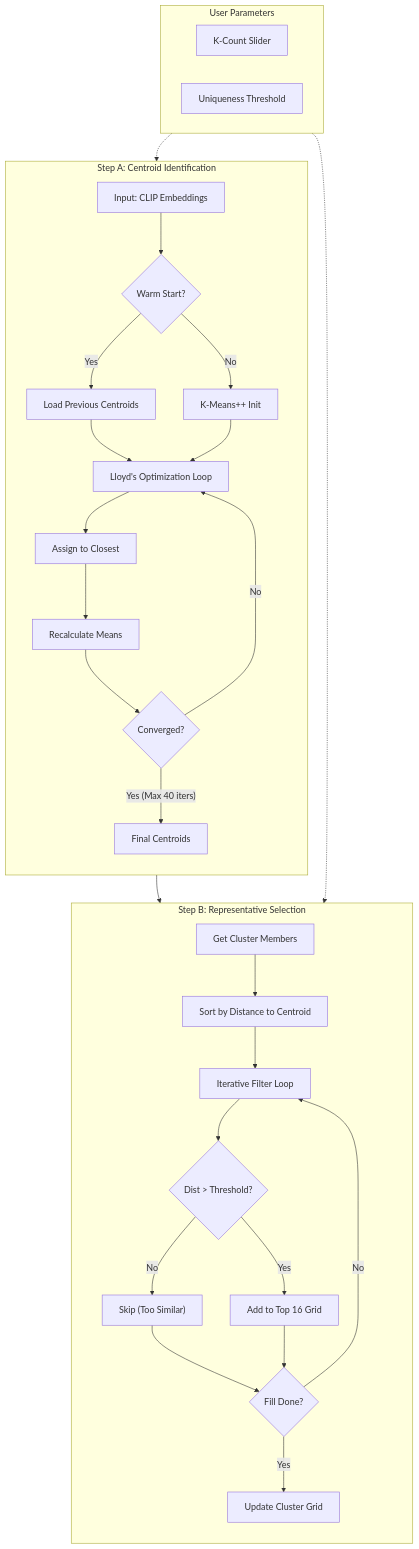
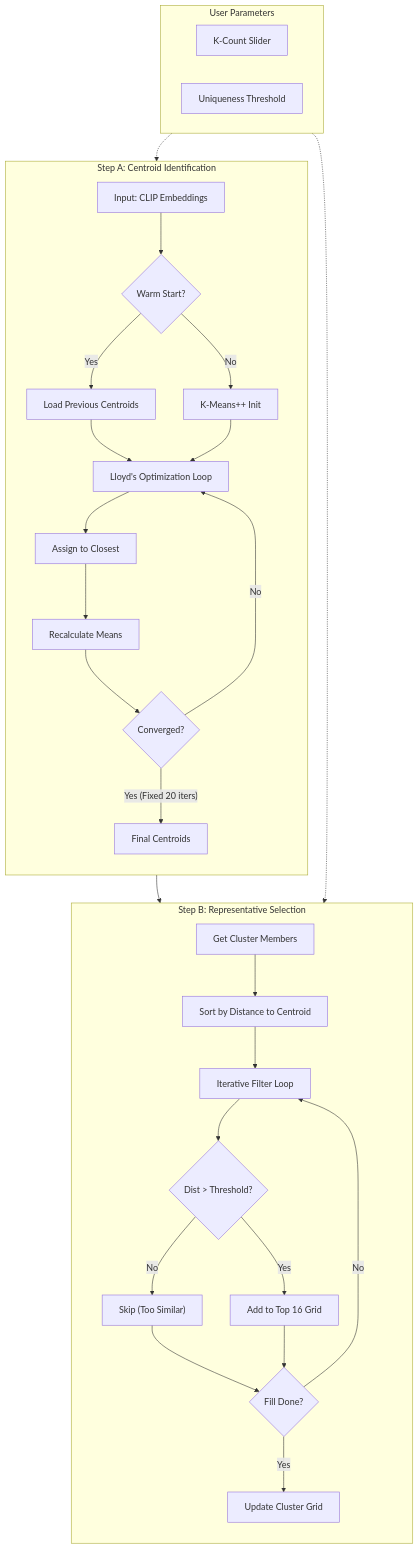
One commit to chinmaymulay007/image_clustering_antigravity changed the first of 2 diagrams in clustering_algorithm.md. Above: the diagram before and after it, drawn with Mermaid. The commit also changed other lines of this file and 1 other file, not shown here.

````diff
--- a/clustering_algorithm.md
+++ b/clustering_algorithm.md
@@ -9,46 +9,46 @@
 ```mermaid
 graph TD
     %% Global Parameters
     subgraph Params ["User Parameters"]
         direction LR
         K_VAL["K-Count Slider"]
         U_VAL["Uniqueness Threshold"]
     end
 
     %% Step A
     subgraph StepA ["Step A: Centroid Identification"]
         direction TB
         A1["Input: CLIP Embeddings"] --> A_INIT{"Warm Start?"}
         A_INIT -- Yes --> A_LOAD["Load Previous Centroids"]
         A_INIT -- No --> A_KPLUS["K-Means++ Init"]
         
         A_LOAD --> A_LOOP["Lloyd's Optimization Loop"]
         A_KPLUS --> A_LOOP
         
         A_LOOP --> A_ASSIGN["Assign to Closest"]
         A_ASSIGN --> A_MEAN["Recalculate Means"]
         A_MEAN --> A_CONV{"Converged?"}
         A_CONV -- No --> A_LOOP
-        A_CONV -- "Yes (Max 40 iters)" --> A_FINAL["Final Centroids"]
+        A_CONV -- "Yes (Fixed 20 iters)" --> A_FINAL["Final Centroids"]
     end
 
     %% Step B
     subgraph StepB ["Step B: Representative Selection"]
         direction TB
         B1["Get Cluster Members"] --> B_SORT["Sort by Distance to Centroid"]
         B_SORT --> B_ITER["Iterative Filter Loop"]
         B_ITER --> B_DIST{"Dist > Threshold?"}
         B_DIST -- No --> B_SKIP["Skip (Too Similar)"]
         B_DIST -- Yes --> B_ADD["Add to Top 16 Grid"]
         
         B_SKIP --> B_CHECK{"Fill Done?"}
         B_ADD --> B_CHECK
         B_CHECK -- No --> B_ITER
         B_CHECK -- Yes --> B_UI["Update Cluster Grid"]
     end
 
     %% Connections
     K_VAL -.-> A_FINAL
     U_VAL -.-> B_DIST
     A_FINAL --> StepB
 ```
````
